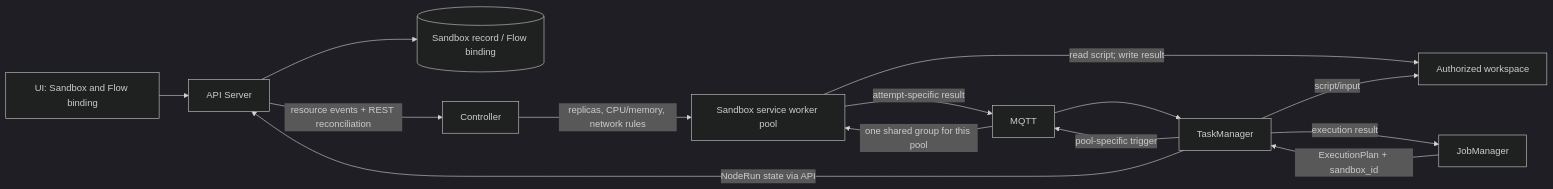
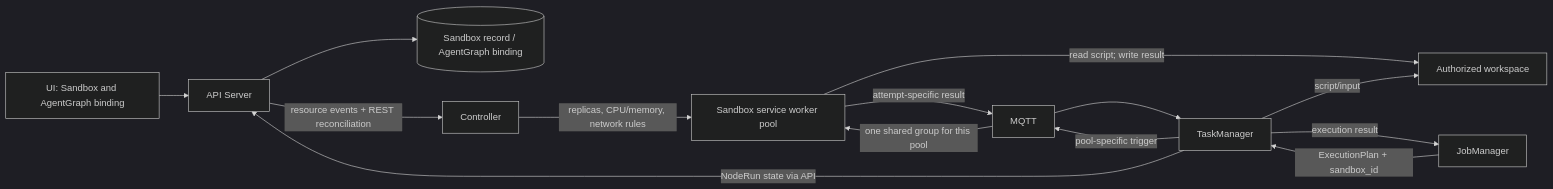
One commit to flowgent-labs/flowgent changed the diagram in docs/architecture/engine/sandbox.md. Above: the diagram before and after it, drawn with Mermaid (dark theme). The commit also changed other lines of this file and 396 other files, not shown here.

````diff
--- a/docs/architecture/engine/sandbox.md
+++ b/docs/architecture/engine/sandbox.md
@@ -69,16 +69,16 @@
 ```mermaid
 flowchart LR
-    UI[UI: Sandbox and Flow binding] --> API[API Server]
-    API --> DB[(Sandbox record / Flow binding)]
+    UI[UI: Sandbox and AgentGraph binding] --> API[API Server]
+    API --> DB[(Sandbox record / AgentGraph binding)]
     API -->|resource events + REST reconciliation| C[Controller]
     C -->|replicas, CPU/memory, network rules| P[Sandbox service worker pool]
     JM[JobManager] -->|ExecutionPlan + sandbox_id| TM[TaskManager]
     TM -->|script/input| W[Authorized workspace]
     TM -->|pool-specific trigger| MQ[MQTT]
     MQ -->|one shared group for this pool| P
     P -->|read script; write result| W
     P -->|attempt-specific result| MQ
     MQ --> TM
     TM -->|NodeRun state via API| API
     TM -->|execution result| JM
 ```
````
